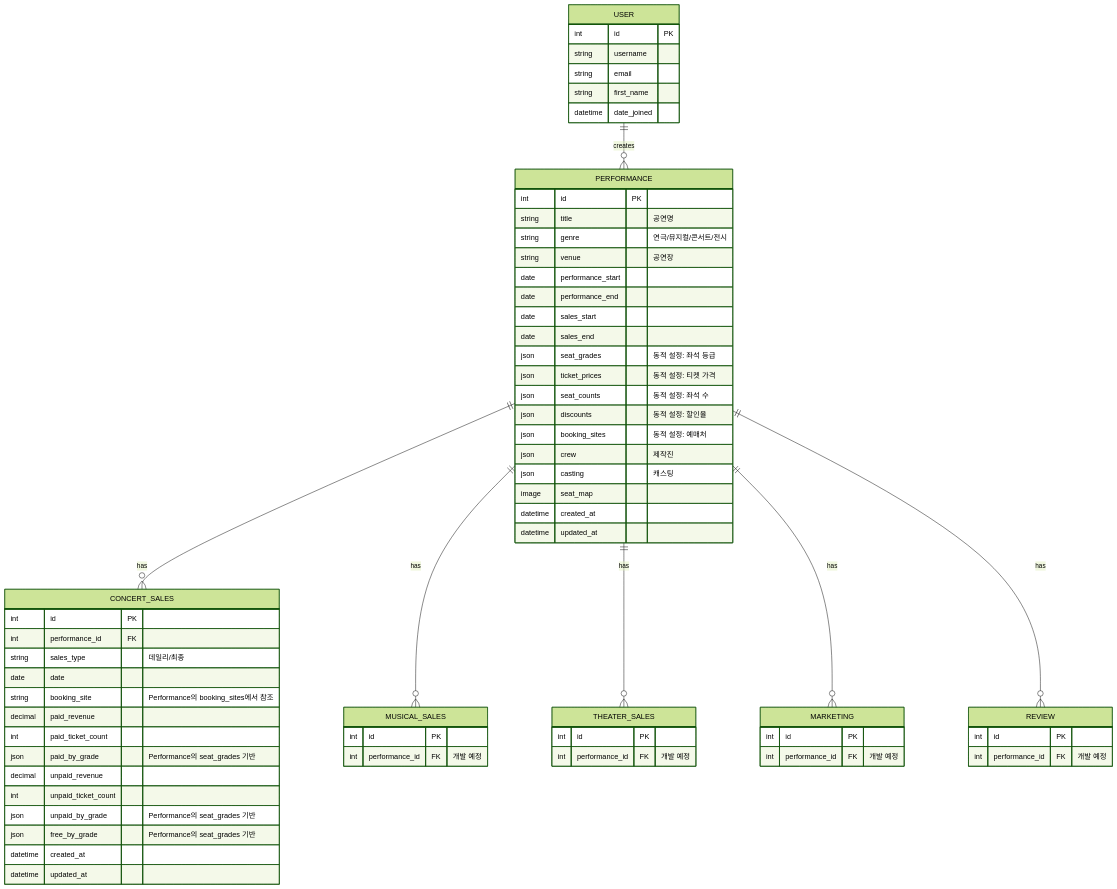
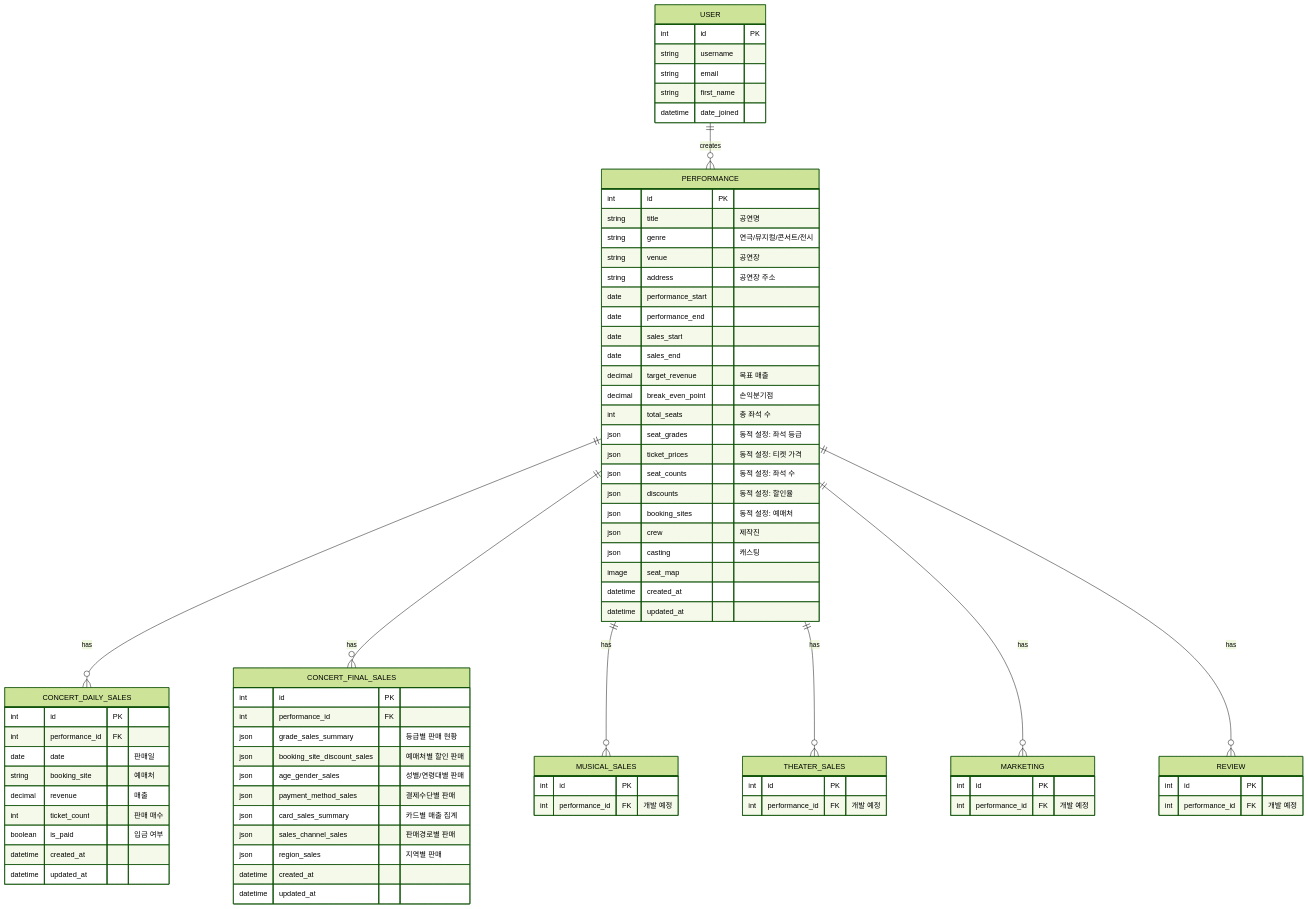
The fourth of 5 diagrams in docs/development-guide.md (jwlee-ticket/library_ai), drawn with Mermaid (forest theme) before and after one commit. The commit also changed other lines of this file and 2 other files, not shown here.

````diff
--- a/docs/development-guide.md
+++ b/docs/development-guide.md
@@ -375,7 +436,8 @@
 ```mermaid
 erDiagram
     USER ||--o{ PERFORMANCE : creates
-    PERFORMANCE ||--o{ CONCERT_SALES : has
+    PERFORMANCE ||--o{ CONCERT_DAILY_SALES : has
+    PERFORMANCE ||--o{ CONCERT_FINAL_SALES : has
     PERFORMANCE ||--o{ MUSICAL_SALES : has
     PERFORMANCE ||--o{ THEATER_SALES : has
     PERFORMANCE ||--o{ MARKETING : has
@@ -394,10 +456,14 @@
         string title "공연명"
         string genre "연극/뮤지컬/콘서트/전시"
         string venue "공연장"
+        string address "공연장 주소"
         date performance_start
         date performance_end
         date sales_start
         date sales_end
+        decimal target_revenue "목표 매출"
+        decimal break_even_point "손익분기점"
+        int total_seats "총 좌석 수"
         json seat_grades "동적 설정: 좌석 등급"
         json ticket_prices "동적 설정: 티켓 가격"
         json seat_counts "동적 설정: 좌석 수"
@@ -410,19 +476,28 @@
         datetime updated_at
     }
     
-    CONCERT_SALES {
+    CONCERT_DAILY_SALES {
         int id PK
         int performance_id FK
-        string sales_type "데일리/최종"
-        date date
-        string booking_site "Performance의 booking_sites에서 참조"
-        decimal paid_revenue
-        int paid_ticket_count
-        json paid_by_grade "Performance의 seat_grades 기반"
-        decimal unpaid_revenue
-        int unpaid_ticket_count
-        json unpaid_by_grade "Performance의 seat_grades 기반"
-        json free_by_grade "Performance의 seat_grades 기반"
+        date date "판매일"
+        string booking_site "예매처"
+        decimal revenue "매출"
+        int ticket_count "판매 매수"
+        boolean is_paid "입금 여부"
+        datetime created_at
+        datetime updated_at
+    }
+    
+    CONCERT_FINAL_SALES {
+        int id PK
+        int performance_id FK
+        json grade_sales_summary "등급별 판매 현황"
+        json booking_site_discount_sales "예매처별 할인 판매"
+        json age_gender_sales "성별/연령대별 판매"
+        json payment_method_sales "결제수단별 판매"
+        json card_sales_summary "카드별 매출 집계"
+        json sales_channel_sales "판매경로별 판매"
+        json region_sales "지역별 판매"
         datetime created_at
         datetime updated_at
     }
````
